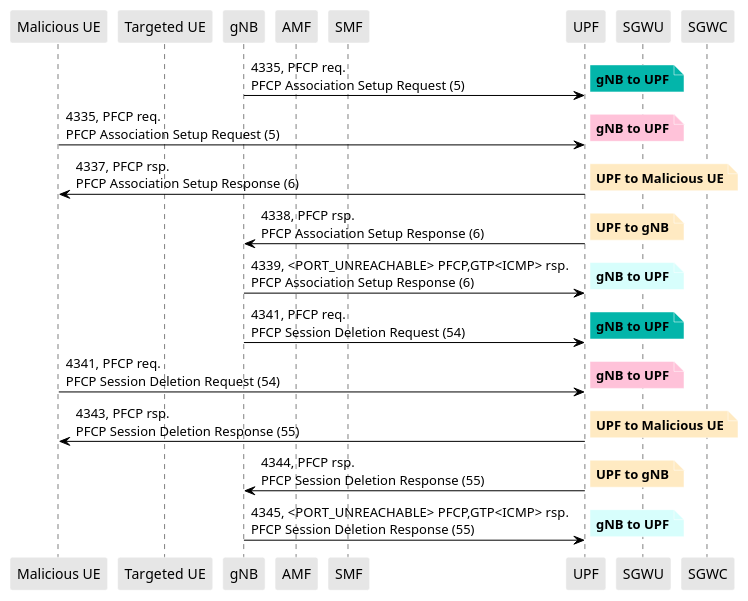
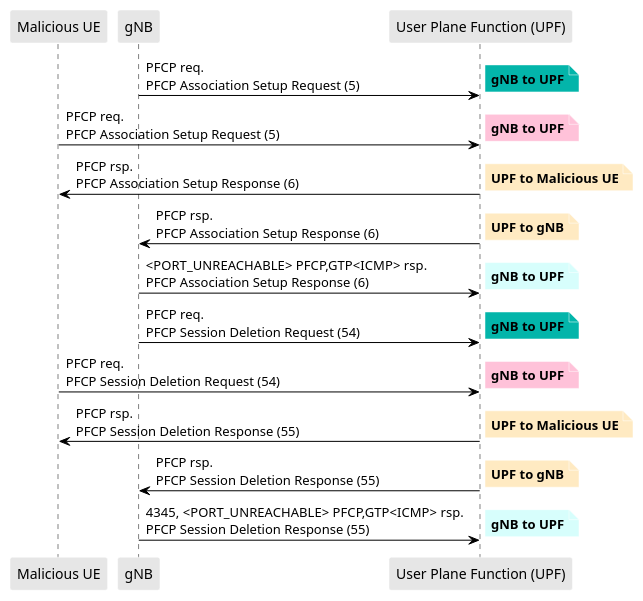
The diagram in PCAPS/Core/targeted_delete_short.puml (lilyhuegerich/5G), drawn with PlantUML before and after one commit. The commit also changed 1 other file, not shown here.

```diff
--- a/PCAPS/Core/targeted_delete_short.puml
+++ b/PCAPS/Core/targeted_delete_short.puml
@@ -1,83 +1,79 @@
 @startuml
 skinparam shadowing false
 skinparam NoteBorderColor white
 skinparam sequence {
     ArrowColor black
     LifeLineBorderColor black
     LifeLineBackgroundColor black
     ParticipantBorderColor white
     ParticipantBackgroundColor #e6e6e6
 }
 
 participant "Malicious UE"
-participant "Targeted UE"
 participant "gNB"
-participant "AMF"
-participant "SMF"
-participant "UPF"
-participant "SGWU"
-participant "SGWC"
+participant "User Plane Function (UPF)"
 
-"gNB" -> "UPF": 4335, PFCP req.\nPFCP Association Setup Request (5)
+
+"gNB" -> "User Plane Function (UPF)": PFCP req.\nPFCP Association Setup Request (5)
 
 note right #03B5AA
 **gNB to UPF**
 end note
 
-"Malicious UE" -> "UPF": 4335, PFCP req.\nPFCP Association Setup Request (5)
+"Malicious UE" -> "User Plane Function (UPF)":  PFCP req.\nPFCP Association Setup Request (5)
 
 note right #FFC2D9
 **gNB to UPF**
 end note
 
-"UPF" -> "Malicious UE": 4337, PFCP rsp.\nPFCP Association Setup Response (6)
+"User Plane Function (UPF)" -> "Malicious UE": PFCP rsp.\nPFCP Association Setup Response (6)
 
 note right #FFEAC2
 **UPF to Malicious UE**
 end note
 
-"UPF" -> "gNB": 4338, PFCP rsp.\nPFCP Association Setup Response (6)
+"User Plane Function (UPF)" -> "gNB": PFCP rsp.\nPFCP Association Setup Response (6)
 
 note right #FFEAC2
 **UPF to gNB**
 end note
 
-"gNB" -> "UPF": 4339, <PORT_UNREACHABLE> PFCP,GTP<ICMP> rsp.\nPFCP Association Setup Response (6)
+"gNB" -> "User Plane Function (UPF)":  <PORT_UNREACHABLE> PFCP,GTP<ICMP> rsp.\nPFCP Association Setup Response (6)
 
 note right #D7FEFC
 **gNB to UPF**
 end note
 
-"gNB" -> "UPF": 4341, PFCP req.\nPFCP Session Deletion Request (54)
+"gNB" -> "User Plane Function (UPF)": PFCP req.\nPFCP Session Deletion Request (54)
 
 note right #03B5AA
 **gNB to UPF**
 end note
 
-"Malicious UE" -> "UPF": 4341, PFCP req.\nPFCP Session Deletion Request (54)
+"Malicious UE" -> "User Plane Function (UPF)": PFCP req.\nPFCP Session Deletion Request (54)
 
 note right #FFC2D9
 **gNB to UPF**
 end note
 
 
-"UPF" -> "Malicious UE": 4343, PFCP rsp.\nPFCP Session Deletion Response (55)
+"User Plane Function (UPF)" -> "Malicious UE": PFCP rsp.\nPFCP Session Deletion Response (55)
 
 note right #FFEAC2
 **UPF to Malicious UE**
 end note
 
-"UPF" -> "gNB": 4344, PFCP rsp.\nPFCP Session Deletion Response (55)
+"User Plane Function (UPF)" -> "gNB": PFCP rsp.\nPFCP Session Deletion Response (55)
 
 note right #FFEAC2
 **UPF to gNB**
 end note
 
-"gNB" -> "UPF": 4345, <PORT_UNREACHABLE> PFCP,GTP<ICMP> rsp.\nPFCP Session Deletion Response (55)
+"gNB" -> "User Plane Function (UPF)": 4345, <PORT_UNREACHABLE> PFCP,GTP<ICMP> rsp.\nPFCP Session Deletion Response (55)
 
 note right #D7FEFC
 **gNB to UPF**
 end note
 
 
 @enduml
```
